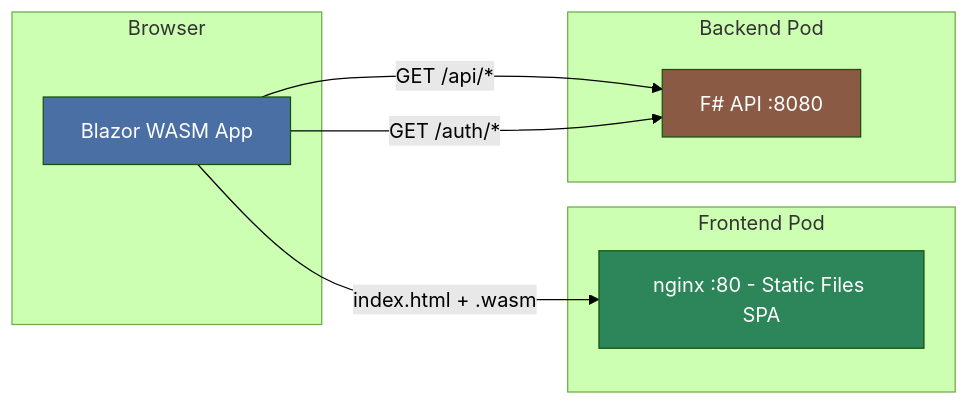
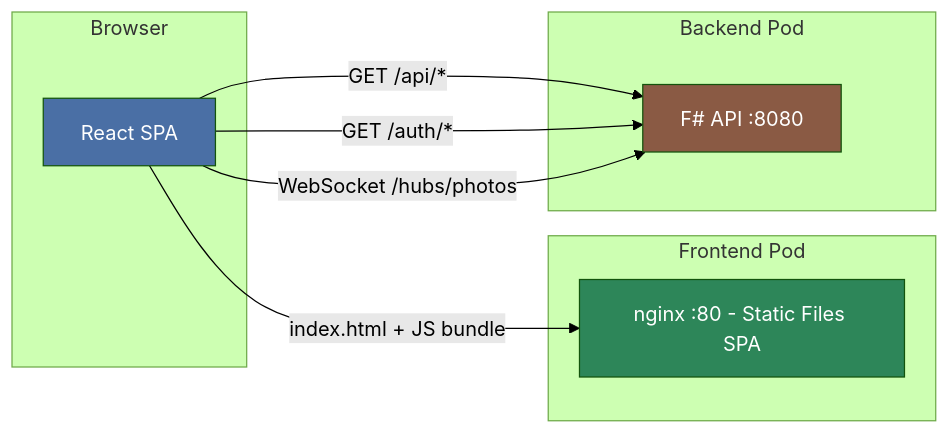
Before and after one commit to jagasafari/longevity: the first of 3 diagrams in docs/02-services.md, drawn with Mermaid (forest theme). The commit also changed other lines of this file and 10 other files, not shown here.

First line of the commit message:
docs: update frontend references from Blazor WASM to React + TypeScript

````diff
--- a/docs/02-services.md
+++ b/docs/02-services.md
@@ -37,22 +48,23 @@
 ```mermaid
 graph LR
    subgraph Browser
-      Blazor[Blazor WASM App]
+      SPA[React SPA]
    end
 
    subgraph Frontend Pod
       Nginx[nginx :80 - Static Files SPA]
    end
 
    subgraph Backend Pod
       API[F# API :8080]
    end
 
-   Blazor -->|index.html + .wasm| Nginx
-   Blazor -->|GET /api/*| API
-   Blazor -->|GET /auth/*| API
+   SPA -->|index.html + JS bundle| Nginx
+   SPA -->|GET /api/*| API
+   SPA -->|GET /auth/*| API
+   SPA -->|WebSocket /hubs/photos| API
 
-   style Blazor fill:#4a6fa5,color:#fff
+   style SPA fill:#4a6fa5,color:#fff
    style Nginx fill:#2d8659,color:#fff
    style API fill:#8a5a44,color:#fff
 ```
````
